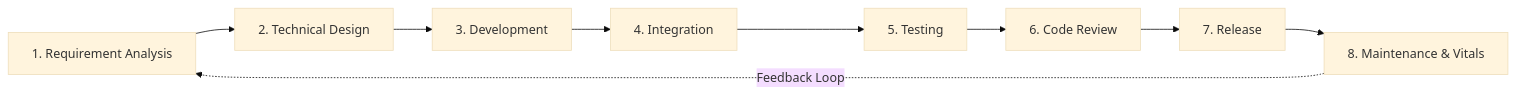
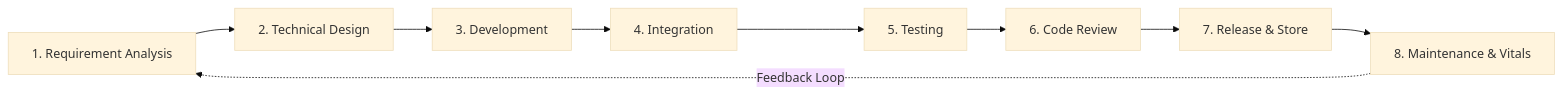
Before and after one commit to vennamprasad/DevCrack-Mobile-Interviews: the second of 2 diagrams in interviews/01_Interview_Master_Framework.md, drawn with Mermaid (base theme). The commit also changed other lines of this file and 5 other files, not shown here.

````diff
--- a/interviews/01_Interview_Master_Framework.md
+++ b/interviews/01_Interview_Master_Framework.md
@@ -102,11 +138,11 @@
 ```mermaid
 flowchart LR
     A[1. Requirement Analysis] --> B[2. Technical Design]
     B --> C[3. Development]
     C --> D[4. Integration]
     D --> E[5. Testing]
     E --> F[6. Code Review]
-    F --> G[7. Release]
+    F --> G[7. Release & Store]
     G --> H[8. Maintenance & Vitals]
     H -. Feedback Loop .-> A
 ```
````
